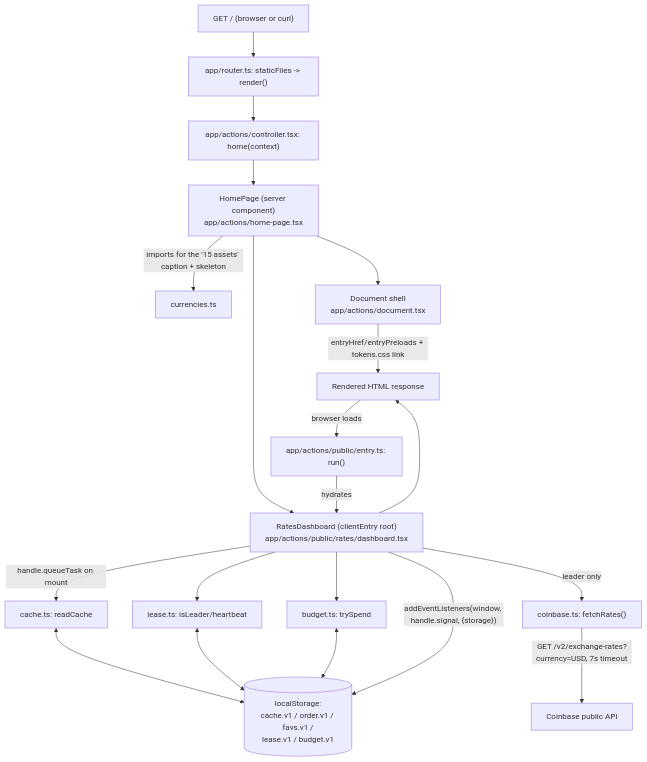
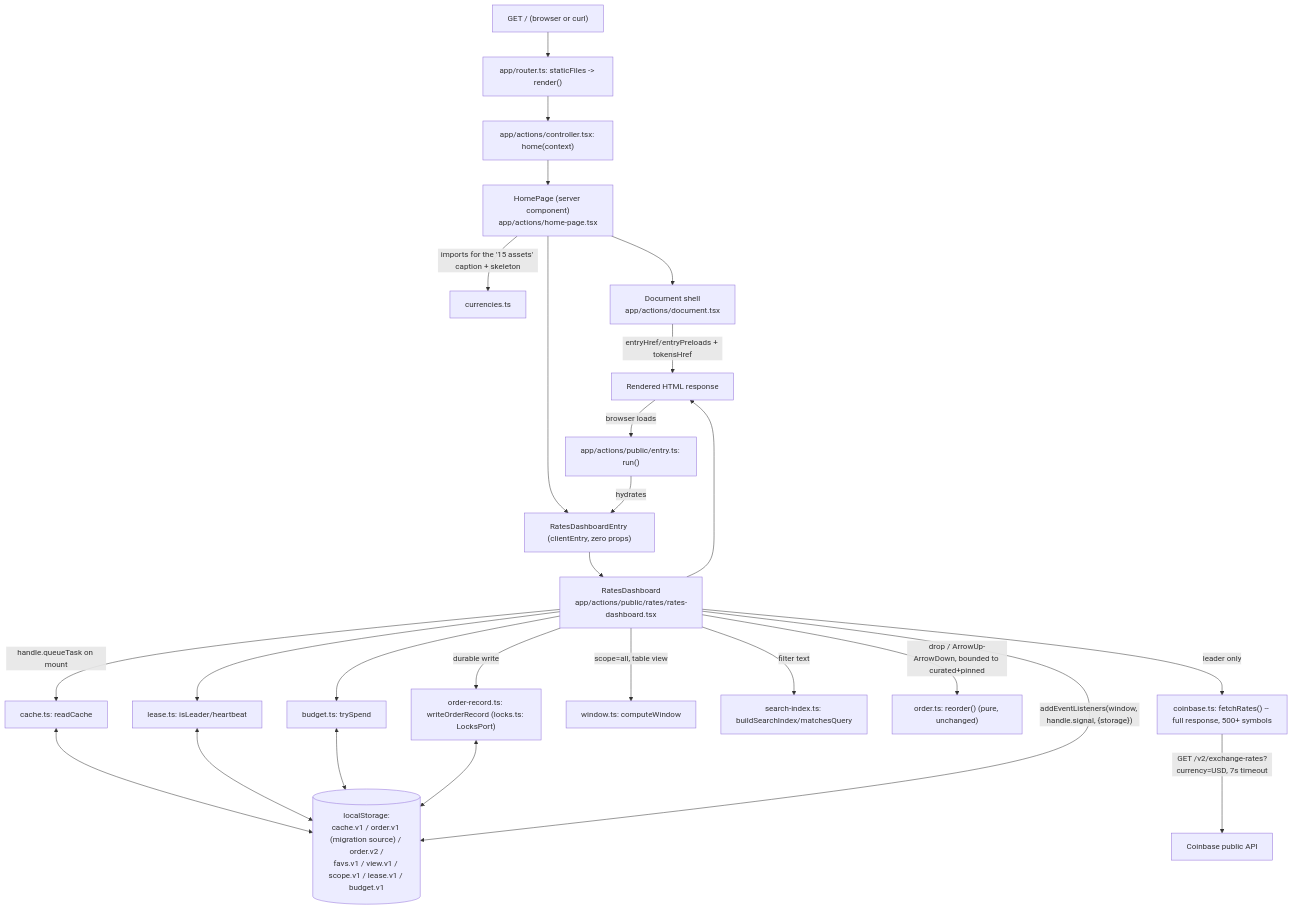
The diagram in docs/design/crypto-dashboard.md (walmanarias/take-home-revyse), drawn with Mermaid before and after one commit. The commit also changed other lines of this file and 19 other files, not shown here.

````diff
--- a/docs/design/crypto-dashboard.md
+++ b/docs/design/crypto-dashboard.md
@@ -56,22 +55,28 @@
 ```mermaid
 graph TD
   REQ["GET / (browser or curl)"] --> ROUTER["app/router.ts: staticFiles -> render()"]
   ROUTER --> CTRL["app/actions/controller.tsx: home(context)"]
   CTRL --> HP["HomePage (server component)\napp/actions/home-page.tsx"]
   HP -->|"imports for the '15 assets' caption + skeleton"| CUR["currencies.ts"]
   HP --> DOC["Document shell\napp/actions/document.tsx"]
-  HP --> RD["RatesDashboard (clientEntry root)\napp/actions/public/rates/dashboard.tsx"]
-  DOC -->|"entryHref/entryPreloads + tokens.css link"| HTML["Rendered HTML response"]
+  HP --> RDE["RatesDashboardEntry (clientEntry, zero props)"]
+  RDE --> RD["RatesDashboard\napp/actions/public/rates/rates-dashboard.tsx"]
+  DOC -->|"entryHref/entryPreloads + tokensHref"| HTML["Rendered HTML response"]
   RD --> HTML
   HTML -->|"browser loads"| ENTRY["app/actions/public/entry.ts: run()"]
-  ENTRY -->|"hydrates"| RD
+  ENTRY -->|"hydrates"| RDE
   RD -->|"handle.queueTask on mount"| CACHE["cache.ts: readCache"]
   RD --> LEASE["lease.ts: isLeader/heartbeat"]
   RD --> BUDGET["budget.ts: trySpend"]
-  RD -->|"leader only"| CB["coinbase.ts: fetchRates()"]
+  RD -->|"leader only"| CB["coinbase.ts: fetchRates() -- full response, 500+ symbols"]
   CB -->|"GET /v2/exchange-rates?currency=USD, 7s timeout"| API["Coinbase public API"]
-  CACHE <--> LS[("localStorage:\ncache.v1 / order.v1 / favs.v1 /\nlease.v1 / budget.v1")]
+  RD -->|"scope=all, table view"| WIN["window.ts: computeWindow"]
+  RD -->|"filter text"| SEARCH["search-index.ts: buildSearchIndex/matchesQuery"]
+  RD -->|"drop / ArrowUp-ArrowDown, bounded to curated+pinned"| ORD["order.ts: reorder() (pure, unchanged)"]
+  RD -->|"durable write"| OREC["order-record.ts: writeOrderRecord (locks.ts: LocksPort)"]
+  CACHE <--> LS[("localStorage:\ncache.v1 / order.v1 (migration source) / order.v2 /\nfavs.v1 / view.v1 / scope.v1 / lease.v1 / budget.v1")]
   LEASE <--> LS
   BUDGET <--> LS
+  OREC <--> LS
   RD -->|"addEventListeners(window, handle.signal, {storage})"| LS
 ```
````
